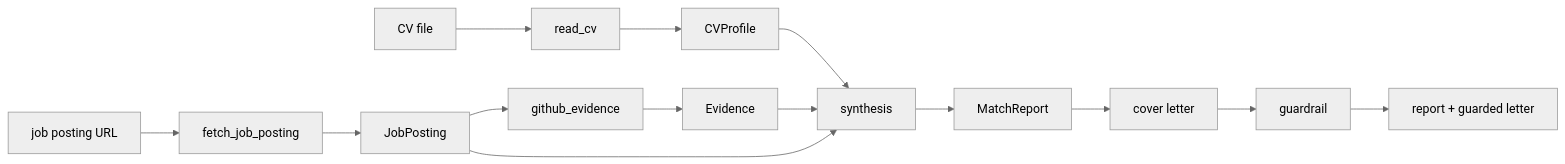
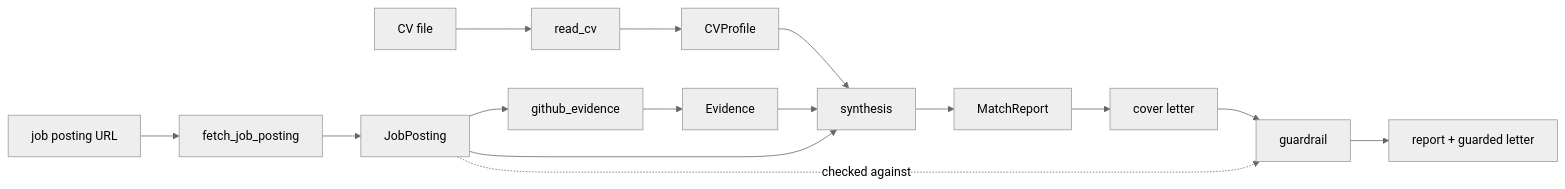
Before and after one commit to P0w3r223/apply-scout: the diagram in README.md, drawn with Mermaid (neutral theme). The commit also changed other lines of this file and 18 other files, not shown here.

````diff
--- a/README.md
+++ b/README.md
@@ -39,12 +39,13 @@
 ```mermaid
 flowchart LR
   URL[job posting URL] --> FJ[fetch_job_posting]
   CVF[CV file] --> RC[read_cv]
   FJ --> JP[JobPosting]
   RC --> CVP[CVProfile]
   JP --> GE[github_evidence] --> EV[Evidence]
   JP --> SYN[synthesis]
   CVP --> SYN
   EV --> SYN
   SYN --> MR[MatchReport] --> CL[cover letter] --> G[guardrail] --> OUT[report + guarded letter]
+  JP -.->|checked against| G
 ```
````
